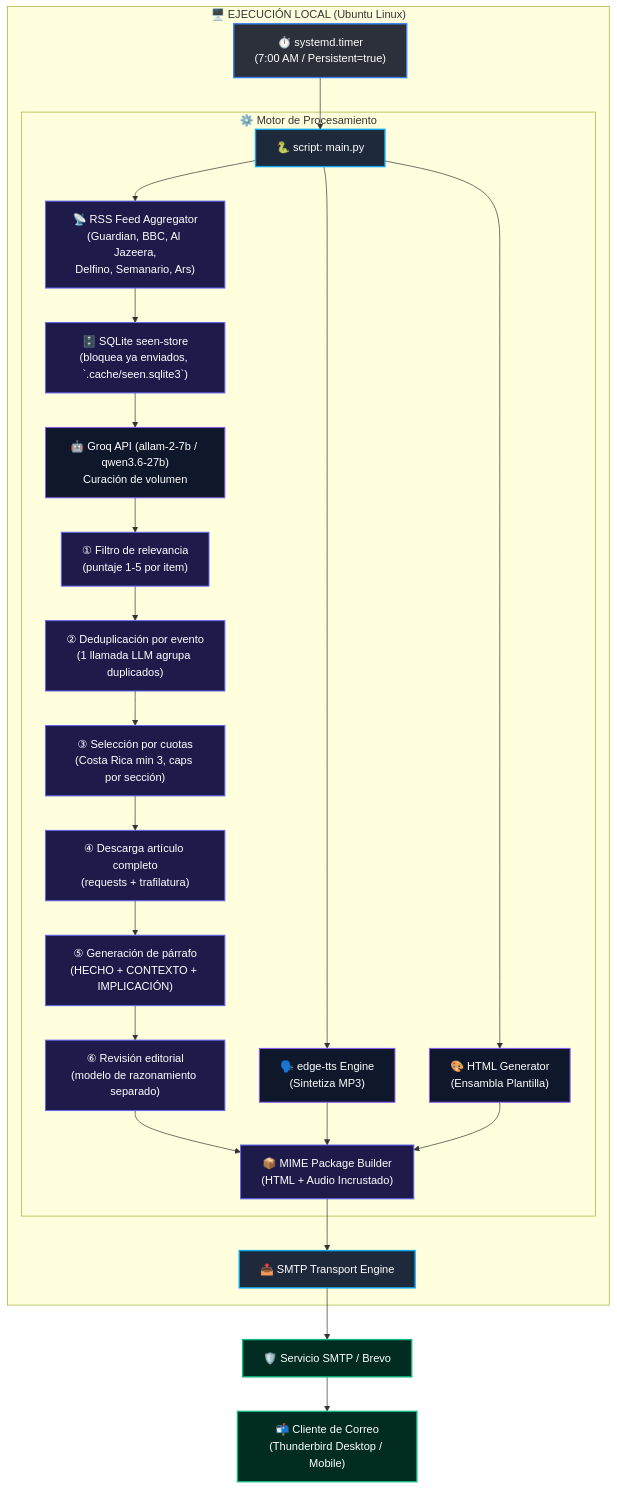
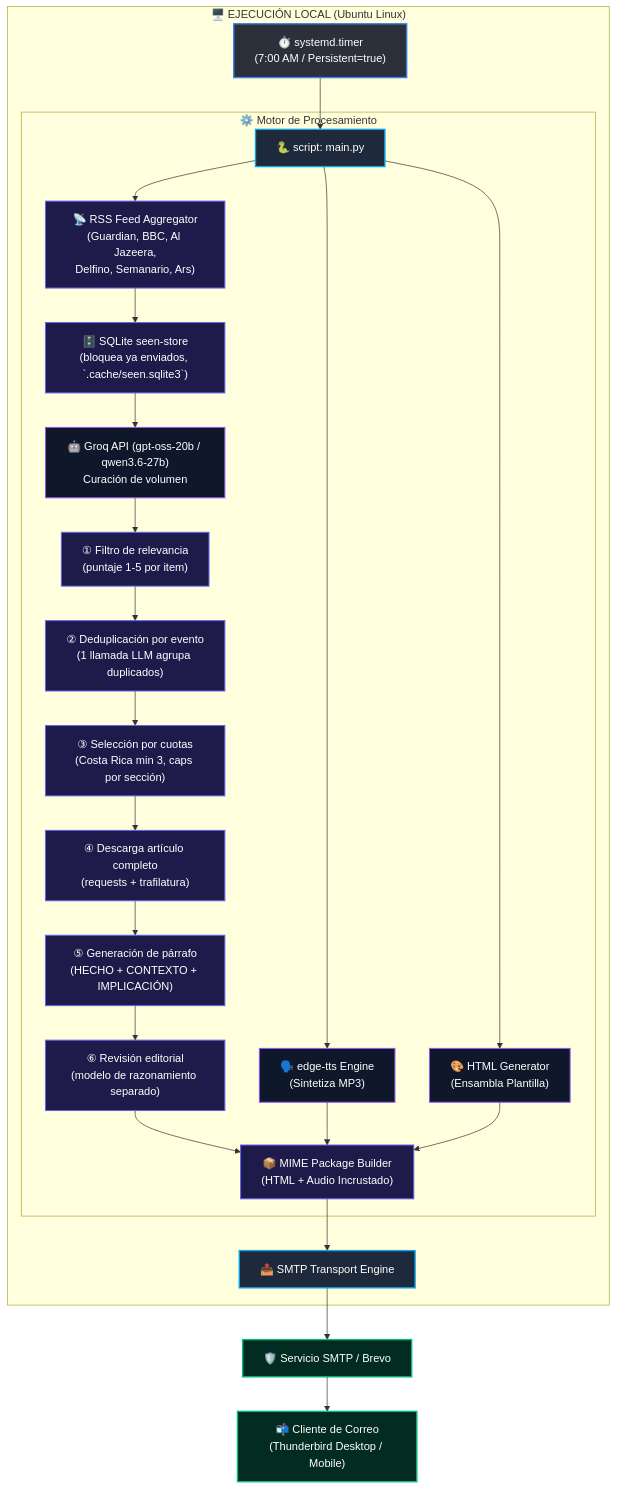
The diagram in BLUEPRINT.md (rodneyara-live/digest13), drawn with Mermaid before and after one commit. The commit also changed other lines of this file and 3 other files, not shown here.

First line of the commit message:
fix: switch FILTER_MODEL to openai/gpt-oss-20b for correct classification

````diff
--- a/BLUEPRINT.md
+++ b/BLUEPRINT.md
@@ -11,36 +11,36 @@
 ```mermaid
 flowchart TD
     %% Estilos de Nodos
     classDef systemd fill:#2b303a,stroke:#3b82f6,stroke-width:2px,color:#fff
     classDef script fill:#1e293b,stroke:#0ea5e9,stroke-width:2px,color:#fff
     classDef api fill:#0f172a,stroke:#8b5cf6,stroke-width:1.5px,color:#fff
     classDef process fill:#1e1b4b,stroke:#6366f1,stroke-width:1.5px,color:#fff
     classDef client fill:#022c22,stroke:#10b981,stroke-width:2px,color:#fff
 
     subgraph OS ["🖥️ EJECUCIÓN LOCAL (Ubuntu Linux)"]
         A["⏱️ systemd.timer<br/>(7:00 AM / Persistent=true)"]:::systemd --> B["🐍 script: main.py"]:::script
 
         subgraph Pipeline ["⚙️ Motor de Procesamiento"]
             B --> C["📡 RSS Feed Aggregator<br/>(Guardian, BBC, Al Jazeera,<br/>Delfino, Semanario, Ars)"]:::process
             C --> C1["🗄️ SQLite seen-store<br/>(bloquea ya enviados, `.cache/seen.sqlite3`)"]:::process
-            C1 --> D["🤖 Groq API (allam-2-7b / qwen3.6-27b)<br/>Curación de volumen"]:::api
+            C1 --> D["🤖 Groq API (gpt-oss-20b / qwen3.6-27b)<br/>Curación de volumen"]:::api
             D --> D1["① Filtro de relevancia<br/>(puntaje 1-5 por item)"]:::process
             D1 --> D1a["② Deduplicación por evento<br/>(1 llamada LLM agrupa duplicados)"]:::process
             D1a --> D2["③ Selección por cuotas<br/>(Costa Rica min 3, caps por sección)"]:::process
             D2 --> D3["④ Descarga artículo completo<br/>(requests + trafilatura)"]:::process
             D3 --> D4["⑤ Generación de párrafo<br/>(HECHO + CONTEXTO + IMPLICACIÓN)"]:::process
             D4 --> D5["⑥ Revisión editorial<br/>(modelo de razonamiento separado)"]:::process
             B --> E["🗣️ edge-tts Engine<br/>(Sintetiza MP3)"]:::api
             B --> F["🎨 HTML Generator<br/>(Ensambla Plantilla)"]:::api
 
             D5 --> G["📦 MIME Package Builder<br/>(HTML + Audio Incrustado)"]:::process
             E --> G
             F --> G
         end
 
         G --> H["📤 SMTP Transport Engine"]:::script
     end
 
     H --> I["🛡️ Servicio SMTP / Brevo"]:::client
     I --> J["📬 Cliente de Correo<br/>(Thunderbird Desktop / Mobile)"]:::client
 ```
````
